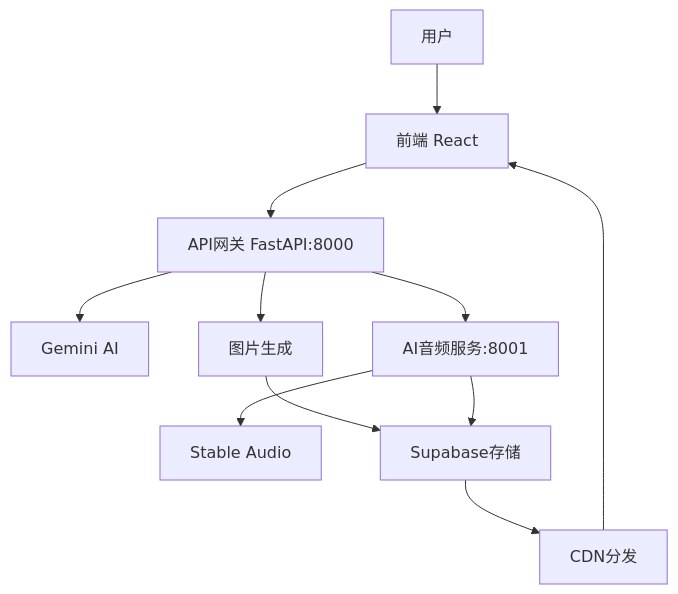
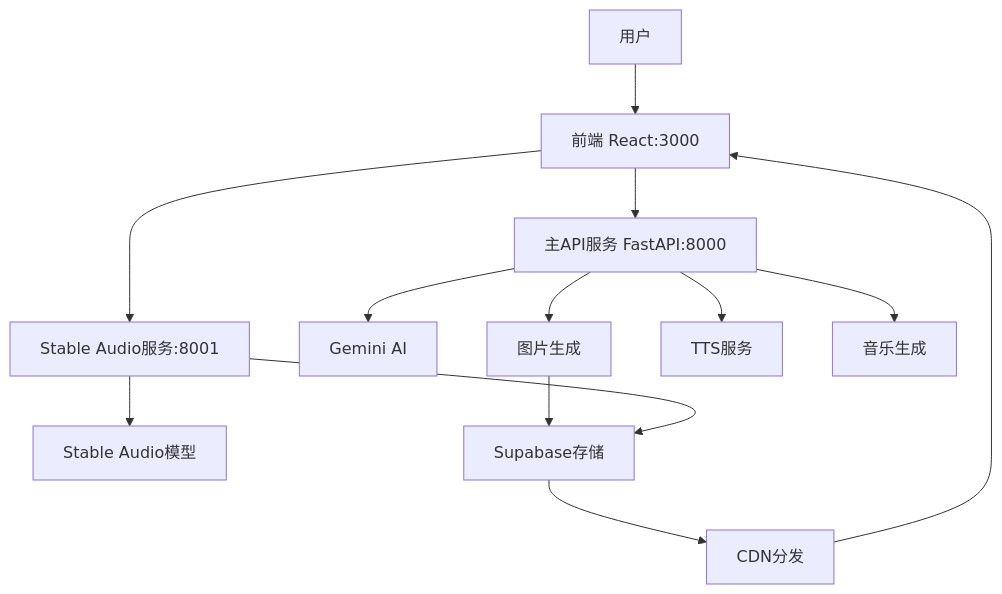
Before and after one commit to yaxuanm/Nightingale: the diagram in README.md, drawn with Mermaid. The commit also changed other lines of this file, not shown here.

Commit message:
Fix architecture documentation to match actual code structure - main API service vs separate Stable Audio service

````diff
--- a/README.md
+++ b/README.md
@@ -73,13 +76,15 @@
 ```mermaid
 graph TD
-    A[用户] --> B[前端 React]
-    B --> C[API网关 FastAPI:8000]
-    C --> D[Gemini AI]
-    C --> E[图片生成]
-    C --> F[AI音频服务:8001]
-    F --> G[Stable Audio]
-    E --> H[Supabase存储]
-    F --> H
-    H --> I[CDN分发]
-    I --> B
+    A[用户] --> B[前端 React:3000]
+    B --> C[主API服务 FastAPI:8000]
+    B --> D[Stable Audio服务:8001]
+    C --> E[Gemini AI]
+    C --> F[图片生成]
+    C --> G[TTS服务]
+    C --> H[音乐生成]
+    D --> I[Stable Audio模型]
+    F --> J[Supabase存储]
+    D --> J
+    J --> K[CDN分发]
+    K --> B
 ```
````
